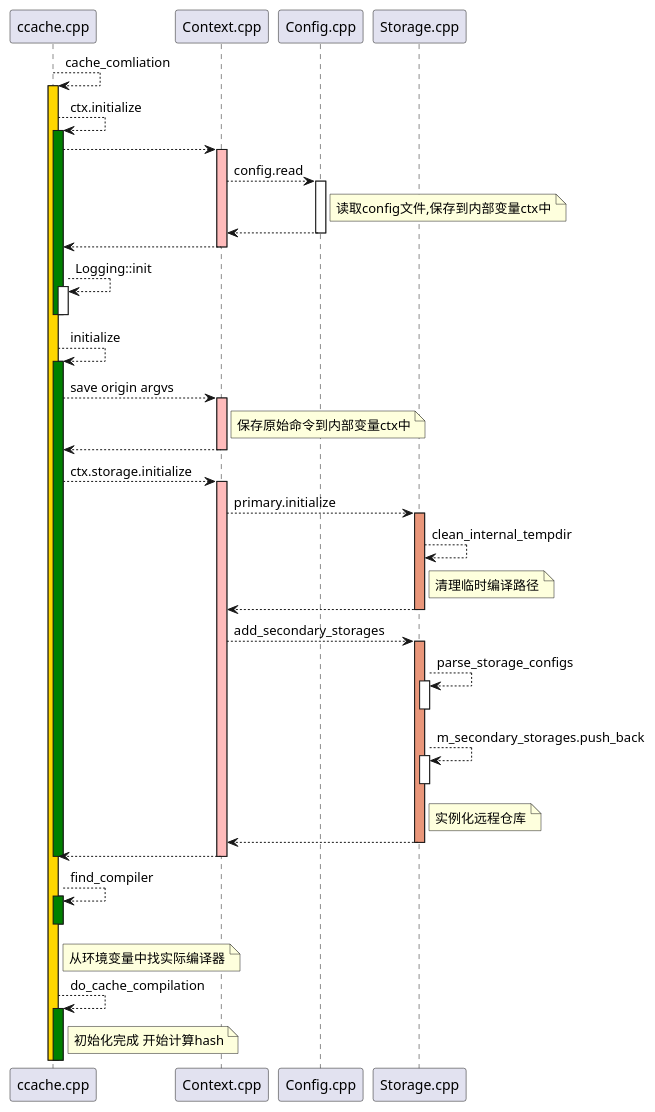
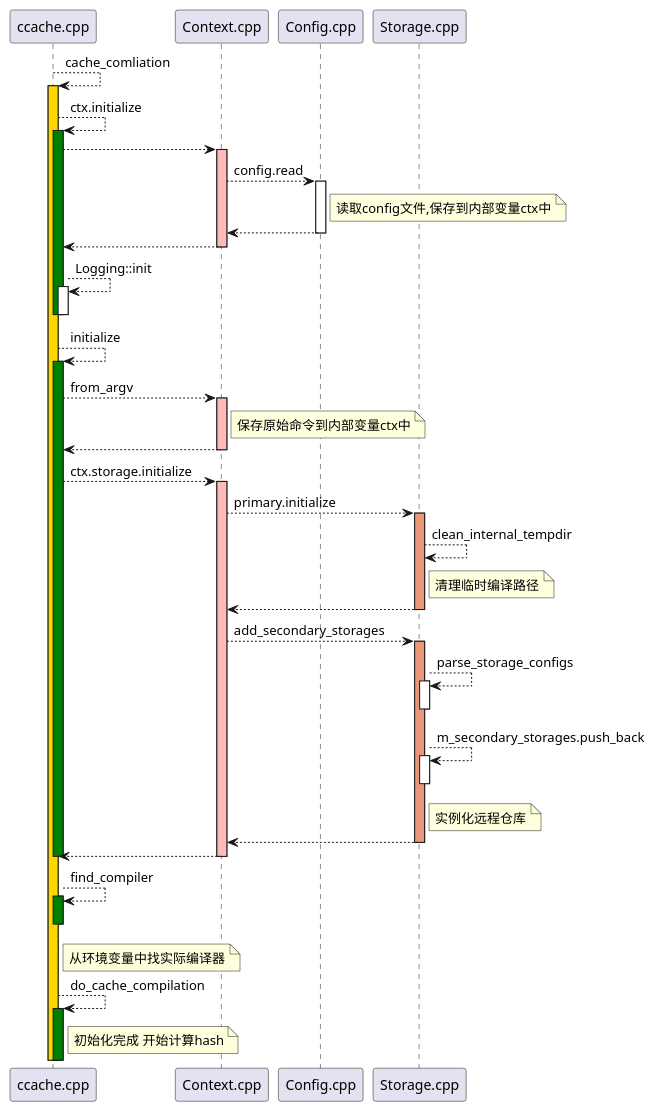
One commit to wentizongbibanfaduo/ccache-introduction changed the diagram in codeDetails/02-初始化.puml. Above: the diagram before and after it, drawn with PlantUML. The commit also changed 1 other file, not shown here.

```diff
--- a/codeDetails/02-初始化.puml
+++ b/codeDetails/02-初始化.puml
@@ -1,58 +1,58 @@
 participant ccache.cpp as main
 participant Context.cpp as context
 participant Config.cpp as config
 participant Storage.cpp as storage
 
 
 main --> main ++ #Gold : cache_comliation
 main --> main ++ #Green : ctx.initialize
 main --> context ++ #FFBBBB : 
 context --> config ++ : config.read
 note right of config
         读取config文件,保存到内部变量ctx中
 end note
 return
 return
 main --> main ++: Logging::init
 main --
 main --
 
 main --> main ++ #Green : initialize
-main --> context ++ #FFBBBB: save origin argvs
+main --> context ++ #FFBBBB: from_argv
 note right of context
         保存原始命令到内部变量ctx中
 end note
 return
 
 main --> context  ++ #FFBBBB: ctx.storage.initialize
 context --> storage ++  #DarkSalmon: primary.initialize
 storage --> storage  : clean_internal_tempdir
 note right of storage
         清理临时编译路径
 end note
 return
 
 context --> storage ++  #DarkSalmon: add_secondary_storages
 storage --> storage ++ : parse_storage_configs
 storage --
 storage --> storage ++: m_secondary_storages.push_back
 note right of storage
         实例化远程仓库
 end note
 storage --
 return
 return
 main --
 
 
 main --> main ++ #Green: find_compiler
 note right of main
         从环境变量中找实际编译器
 end note
 
 main --
 main --> main ++ #Green: do_cache_compilation
 
 note right of main
         初始化完成 开始计算hash
 end note
```
